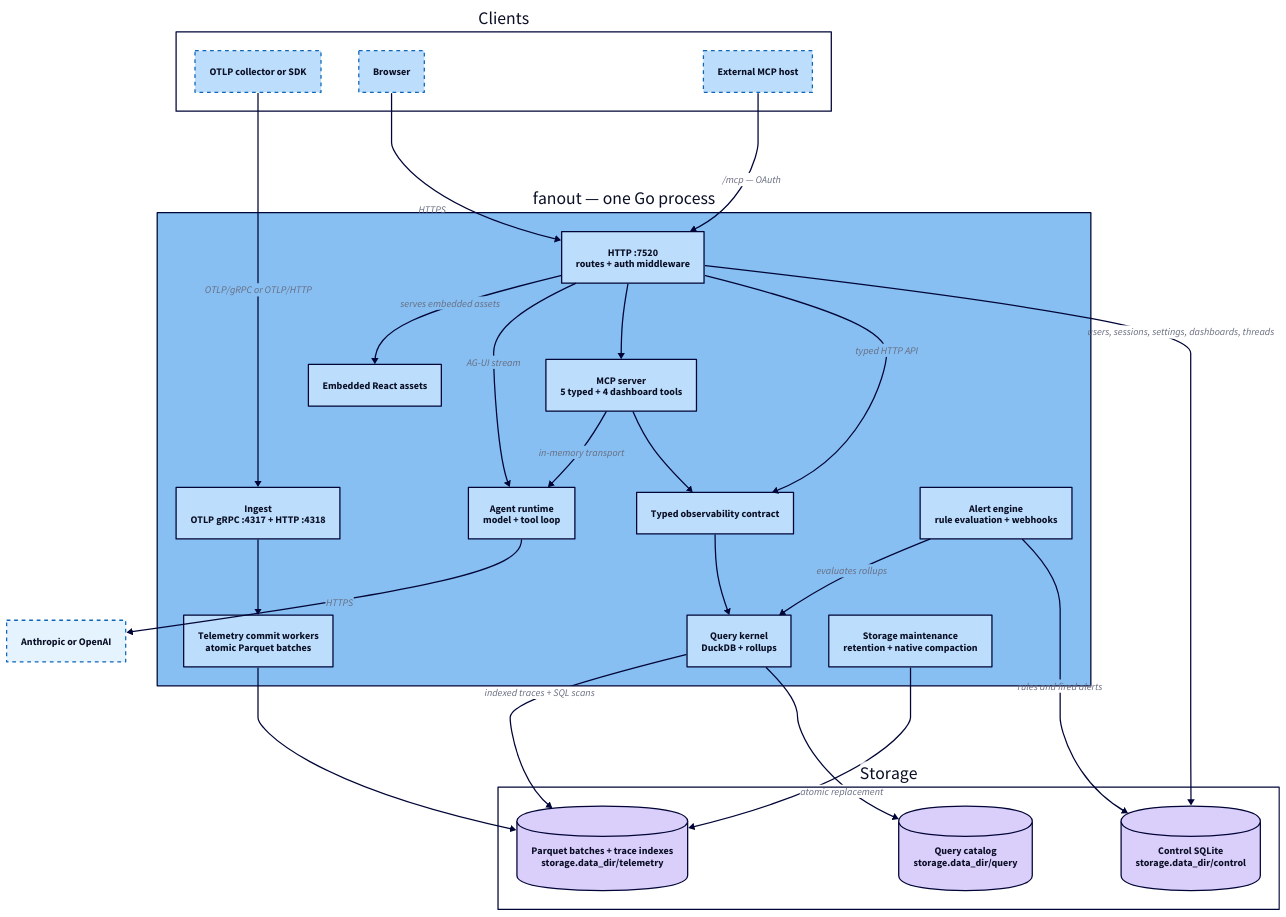
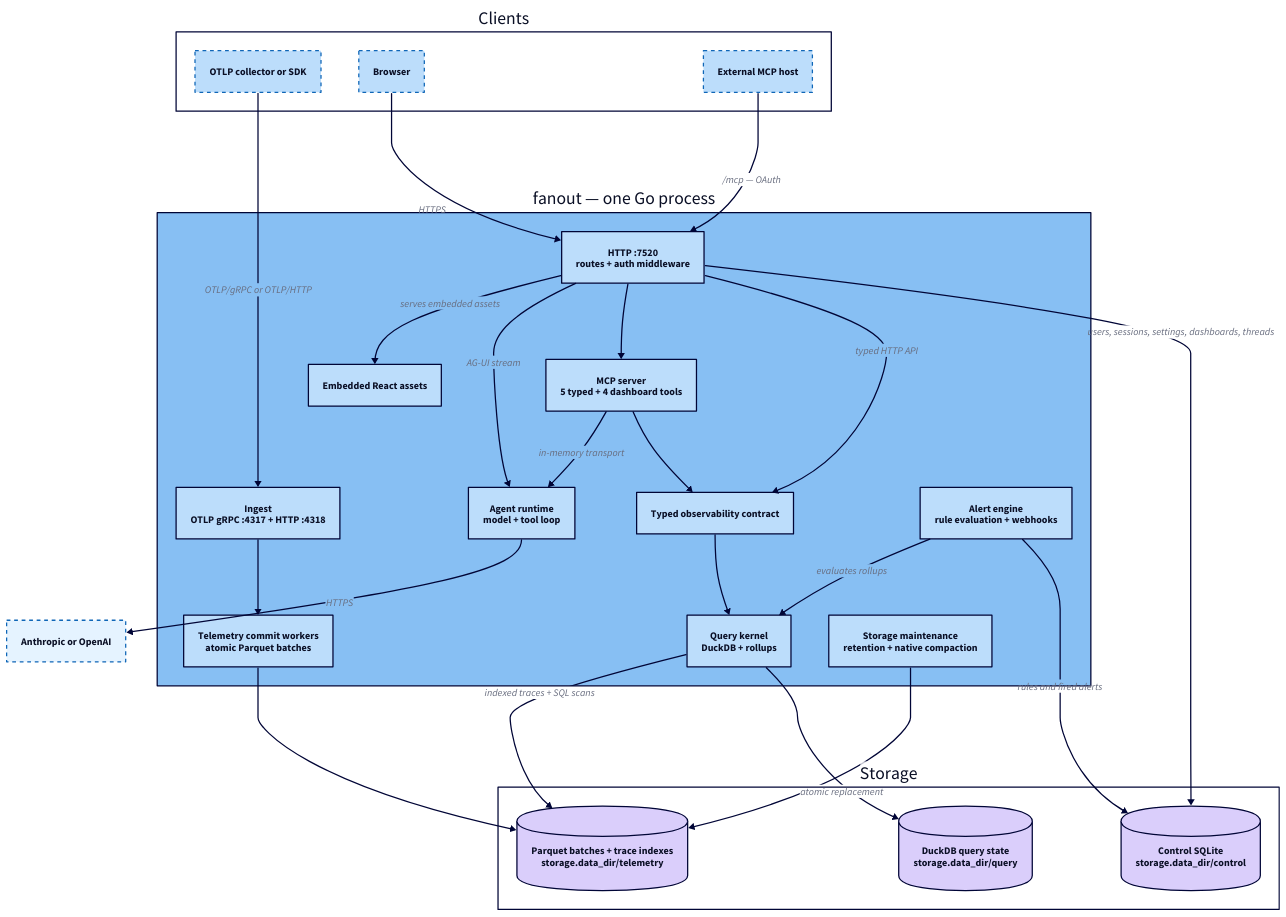
Before and after one commit to labstack/fanout: the diagram in docs/diagrams/architecture.d2, drawn with D2. The commit also changed 24 other files, not shown here.

```diff
--- a/docs/diagrams/architecture.d2
+++ b/docs/diagrams/architecture.d2
@@ -1,64 +1,64 @@
 # Fanout runtime architecture: what one process owns, and how a request reaches
 # storage. Render with `just diagrams`; commit the SVG beside this file.
 
 vars: {
   d2-config: {
     layout-engine: dagre
     theme-id: 5
   }
 }
 
 direction: down
 
 clients: Clients {
   style.fill: transparent
   collector: "OTLP collector or SDK" {style.stroke-dash: 3}
   browser: Browser {style.stroke-dash: 3}
   ext: "External MCP host" {style.stroke-dash: 3}
 }
 
 fanout: "fanout — one Go process" {
   style.stroke-width: 2
 
   http: "HTTP :7520\nroutes + auth middleware"
   ingest: "Ingest\nOTLP gRPC :4317 + HTTP :4318"
   ui: "Embedded React assets"
   agent: "Agent runtime\nmodel + tool loop"
   mcp: "MCP server\n5 typed + 4 dashboard tools"
   obs: "Typed observability contract"
   commit: "Telemetry commit workers\natomic Parquet batches"
   query: "Query kernel\nDuckDB + rollups"
   maint: "Storage maintenance\nretention + native compaction"
   alert: "Alert engine\nrule evaluation + webhooks"
 
   ingest -> commit
   http -> ui: serves embedded assets
   http -> agent: AG-UI stream
   http -> mcp
   mcp -> agent: in-memory transport
   mcp -> obs
   http -> obs: typed HTTP API
   obs -> query
   alert -> query: evaluates rollups
 }
 
 store: Storage {
   style.fill: transparent
   telemetry: "Parquet batches + trace indexes\nstorage.data_dir/telemetry" {shape: cylinder}
-  qstate: "Query catalog\nstorage.data_dir/query" {shape: cylinder}
+  qstate: "DuckDB query state\nstorage.data_dir/query" {shape: cylinder}
   control: "Control SQLite\nstorage.data_dir/control" {shape: cylinder}
 }
 
 model: "Anthropic or OpenAI" {style.stroke-dash: 3}
 
 clients.collector -> fanout.ingest: "OTLP/gRPC or OTLP/HTTP"
 clients.browser -> fanout.http: HTTPS
 clients.ext -> fanout.http: "/mcp — OAuth"
 
 fanout.commit -> store.telemetry
 fanout.query -> store.telemetry: "indexed traces + SQL scans"
 fanout.query -> store.qstate
 fanout.maint -> store.telemetry: "atomic replacement"
 fanout.http -> store.control: "users, sessions, settings, dashboards, threads"
 fanout.alert -> store.control: "rules and fired alerts"
 fanout.agent -> model: HTTPS
```
